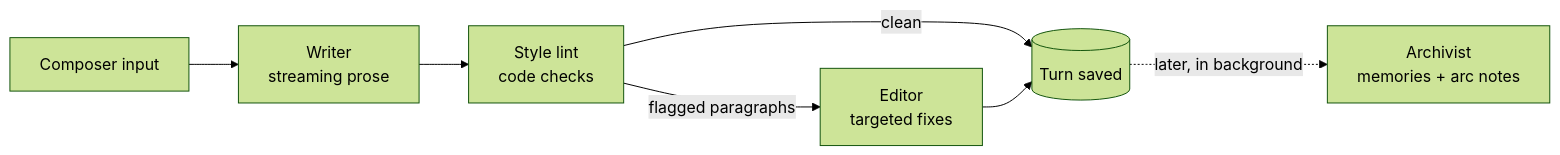
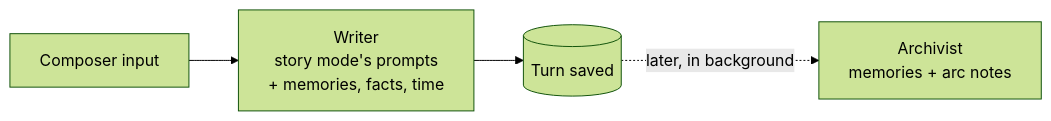
Before and after one commit to amiantos/writers-guild: the diagram in docs/bureau-design.md, drawn with Mermaid (forest theme). The commit also changed other lines of this file and 26 other files, not shown here.

First line of the commit message:
feat: write Bureau chapters with story mode's prompts

````diff
--- a/docs/bureau-design.md
+++ b/docs/bureau-design.md
@@ -245,9 +242,6 @@
 ```mermaid
 flowchart LR
-  U[Composer input] --> W[Writer<br/>streaming prose]
-  W --> L[Style lint<br/>code checks]
-  L -->|flagged paragraphs| E[Editor<br/>targeted fixes]
-  L -->|clean| T[(Turn saved)]
-  E --> T
+  U[Composer input] --> W[Writer<br/>story mode's prompts<br/>+ memories, facts, time]
+  W --> T[(Turn saved)]
   T -.->|later, in background| A[Archivist<br/>memories + arc notes]
 ```
````
